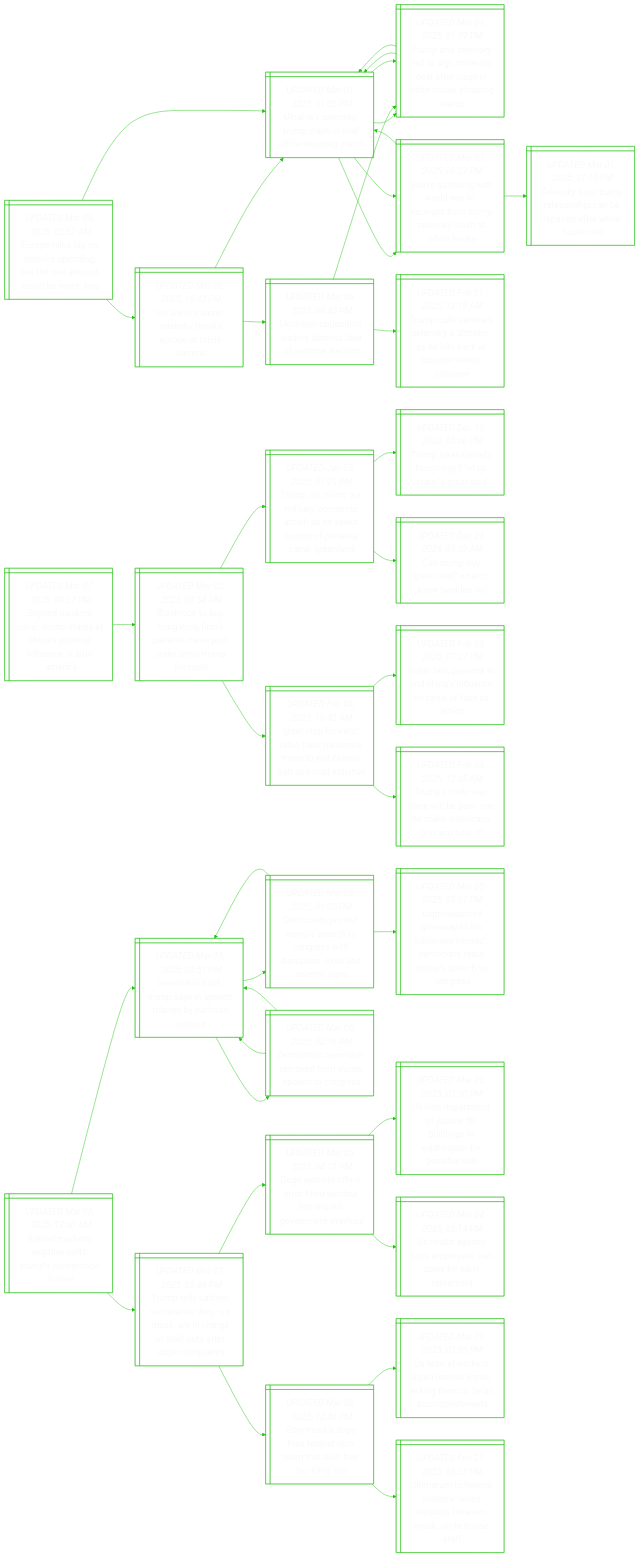
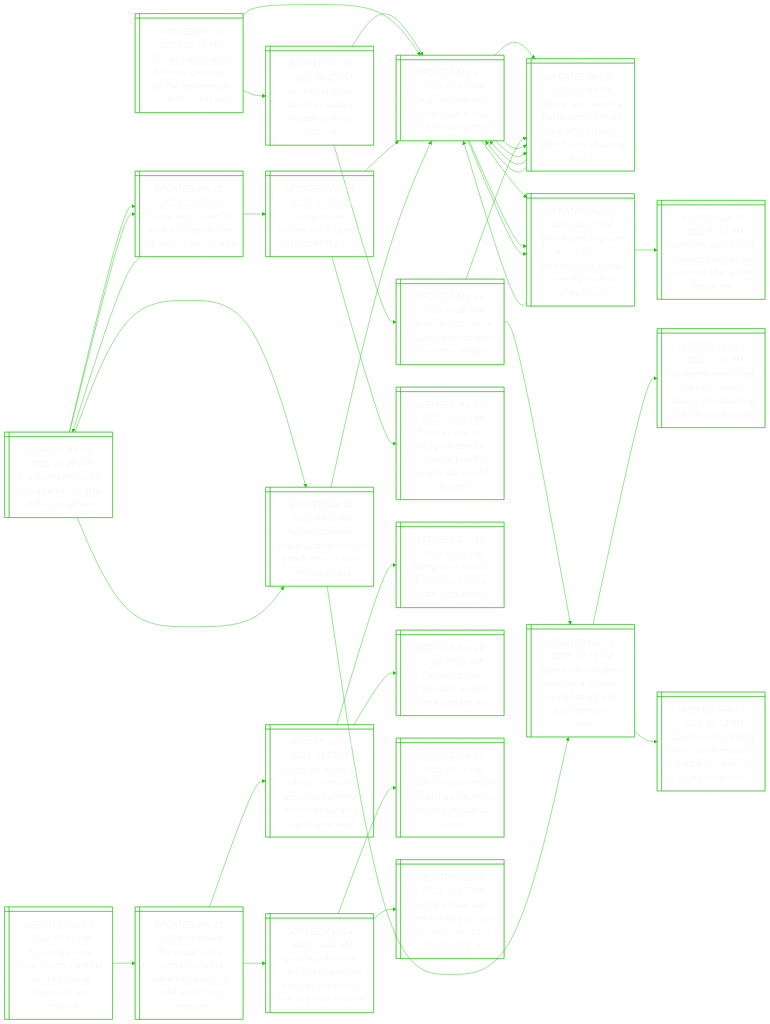
Before and after one commit to notJmes/notJmes: the diagram in README.md, drawn with Mermaid. The commit also changed other lines of this file, not shown here.

````diff
--- a/README.md
+++ b/README.md
@@ -62,6 +62,52 @@
 YgitlIcsTZsaWH:::txtsize --> Unlyphaiogh:::txtsize
 YgitlIcsTZsaWH:::txtsize --> Zsymasaeeets:::txtsize
 
+Tttesnneini@{ shape: win-pane, label: "_UPDATED Mar 08, 2025, 06:49 AM_
+Trump threatens new russia sanctions after strikes on ukraine" }
+TsatkRaUnea@{ shape: win-pane, label: "_UPDATED Mar 08, 2025, 02:07 AM_
+Trump says ‘easier’ to work with russia than ukraine on peace talks" }
+Tpstikernl@{ shape: win-pane, label: "_UPDATED Mar 04, 2025, 07:28 PM_
+Trump pauses military aid to ukraine after zelensky clash" }
+Unlyphaiogh@{ shape: win-pane, label: "_UPDATED Mar 01, 2025, 01:05 PM_
+Ukraine’s zelensky, trump clash in oval office shouting match" }
+Sereolarnkeiet@{ shape: win-pane, label: "_UPDATED Mar 03, 2025, 06:16 PM_
+Starmer, macron pledge to develop ceasefire plan for ukraine, but will the us bite?" }
+Tttesnneini@{ shape: win-pane, label: "_UPDATED Mar 08, 2025, 06:49 AM_
+Trump threatens new russia sanctions after strikes on ukraine" }
+TsatkRaUnea@{ shape: win-pane, label: "_UPDATED Mar 08, 2025, 02:07 AM_
+Trump says ‘easier’ to work with russia than ukraine on peace talks" }
+RacakeitfSoly@{ shape: win-pane, label: "_UPDATED Mar 07, 2025, 08:36 PM_
+Russia launches major ukraine missile attack after us cuts off military aid" }
+RacakeitfSoly@{ shape: win-pane, label: "_UPDATED Mar 07, 2025, 08:36 PM_
+Russia launches major ukraine missile attack after us cuts off military aid" }
+Unlyphaiogh@{ shape: win-pane, label: "_UPDATED Mar 01, 2025, 01:05 PM_
+Ukraine’s zelensky, trump clash in oval office shouting match" }
+TalytnretaWHsit@{ shape: win-pane, label: "_UPDATED Mar 01, 2025, 01:39 PM_
+Trump and zelensky fail to sign minerals deal after clash in white house shouting match" }
+YgitlIcsTZsaWH@{ shape: win-pane, label: "_UPDATED Mar 01, 2025, 06:27 PM_
+‘you’re gambling with world war iii’: excerpts from trump-zelensky clash at white house" }
+TcUnlytaicioiis@{ shape: win-pane, label: "_UPDATED Feb 21, 2025, 12:19 AM_
+Trump calls ukraine’s zelensky a ‘dictator’ as he hits back at ‘disinformation’ criticism" }
+Umehtiusrnanii@{ shape: win-pane, label: "_UPDATED Feb 19, 2025, 11:33 PM_
+Us seems more than happy to satisfy russia’s aspirations at talks in saudi arabia" }
+Zsymnnaberumr@{ shape: win-pane, label: "_UPDATED Feb 19, 2025, 10:14 PM_
+Zelensky says trump is in ‘disinformation’ bubble on ukraine, urges ‘more truth’" }
+
+Tttesnneini:::txtsize --> TsatkRaUnea:::txtsize
+TsatkRaUnea:::txtsize --> Tpstikernl:::txtsize
+Tpstikernl:::txtsize --> Unlyphaiogh:::txtsize
+Tpstikernl:::txtsize --> Sereolarnkeiet:::txtsize
+TsatkRaUnea:::txtsize --> Tttesnneini:::txtsize
+Tttesnneini:::txtsize --> TsatkRaUnea:::txtsize
+Tttesnneini:::txtsize --> RacakeitfSoly:::txtsize
+Tttesnneini:::txtsize --> RacakeitfSoly:::txtsize
+RacakeitfSoly:::txtsize --> Unlyphaiogh:::txtsize
+Unlyphaiogh:::txtsize --> TalytnretaWHsit:::txtsize
+Unlyphaiogh:::txtsize --> YgitlIcsTZsaWH:::txtsize
+RacakeitfSoly:::txtsize --> TcUnlytaicioiis:::txtsize
+TcUnlytaicioiis:::txtsize --> Umehtiusrnanii:::txtsize
+TcUnlytaicioiis:::txtsize --> Zsymnnaberumr:::txtsize
+
 BdmamrCsifcama@{ shape: win-pane, label: "_UPDATED Mar 07, 2025, 09:37 PM_
 Beyond panama canal, trump stares at china’s growing influence in latin america" }
 BRoonmanrkdps@{ shape: win-pane, label: "_UPDATED Mar 05, 2025, 09:54 AM_
@@ -87,50 +133,4 @@
 GsodosmvxiedIa:::txtsize --> RtPadalenfSo:::txtsize
 GsodosmvxiedIa:::txtsize --> Tsehipaaenne:::txtsize
 
-Rekevlmnov@{ shape: win-pane, label: "_UPDATED Mar 08, 2025, 12:00 AM_
-Rattled markets, negative polls: trump’s honeymoon is over" }
-Acauypmdrno@{ shape: win-pane, label: "_UPDATED Mar 05, 2025, 03:51 PM_
-‘america is back,’ trump says in speech marred by partisan rancour" }
-DrrtpeCetrotsns@{ shape: win-pane, label: "_UPDATED Mar 05, 2025, 01:30 PM_
-Democrats protest trump’s speech to congress with disruption, exits and solemn signs" }
-Acauypmdrno@{ shape: win-pane, label: "_UPDATED Mar 05, 2025, 03:51 PM_
-‘america is back,’ trump says in speech marred by partisan rancour" }
-Uctvysireeabuptg@{ shape: win-pane, label: "_UPDATED Mar 05, 2025, 03:27 PM_
-‘unprecedented giveaway to his billionaire friends’: democrats rebut trump’s speech to congress" }
-Drlkmfrptg@{ shape: win-pane, label: "_UPDATED Mar 05, 2025, 02:16 PM_
-Democratic lawmaker removed from trump speech to congress" }
-Acauypmdrno@{ shape: win-pane, label: "_UPDATED Mar 05, 2025, 03:51 PM_
-‘america is back,’ trump says in speech marred by partisan rancour" }
-Acauypmdrno@{ shape: win-pane, label: "_UPDATED Mar 05, 2025, 03:51 PM_
-‘america is back,’ trump says in speech marred by partisan rancour" }
-TtCerieMrhofsrca@{ shape: win-pane, label: "_UPDATED Mar 07, 2025, 05:46 PM_
-Trump tells cabinet secretaries they, not musk, are in charge of staff cuts after doge complaints" }
-Deerolnnsveel@{ shape: win-pane, label: "_UPDATED Mar 05, 2025, 04:19 PM_
-Doge website offers error-filled window into musk’s government overhaul" }
-UtanueunWnfse@{ shape: win-pane, label: "_UPDATED Mar 05, 2025, 03:50 PM_
-Us lists department of justice, fbi buildings in washington for possible sale" }
-Uleapeafrte@{ shape: win-pane, label: "_UPDATED Mar 04, 2025, 03:14 PM_
-Us health agency says employees can apply for early retirement" }
-Euordtealeis@{ shape: win-pane, label: "_UPDATED Mar 02, 2025, 12:46 PM_
-Elon musk’s doge fires federal tech team that built free tax-filing site" }
-Ueosniakhdlmhs@{ shape: win-pane, label: "_UPDATED Mar 01, 2025, 03:08 PM_
-Us federal workers again receive e-mail asking them to detail accomplishments" }
-UaorrrsienWHs@{ shape: win-pane, label: "_UPDATED Feb 27, 2025, 08:35 PM_
-Ultimatum to federal workers raises tensions between musk, white house staff" }
-
-Rekevlmnov:::txtsize --> Acauypmdrno:::txtsize
-Acauypmdrno:::txtsize --> DrrtpeCetrotsns:::txtsize
-DrrtpeCetrotsns:::txtsize --> Acauypmdrno:::txtsize
-DrrtpeCetrotsns:::txtsize --> Uctvysireeabuptg:::txtsize
-Acauypmdrno:::txtsize --> Drlkmfrptg:::txtsize
-Drlkmfrptg:::txtsize --> Acauypmdrno:::txtsize
-Drlkmfrptg:::txtsize --> Acauypmdrno:::txtsize
-Rekevlmnov:::txtsize --> TtCerieMrhofsrca:::txtsize
-TtCerieMrhofsrca:::txtsize --> Deerolnnsveel:::txtsize
-Deerolnnsveel:::txtsize --> UtanueunWnfse:::txtsize
-Deerolnnsveel:::txtsize --> Uleapeafrte:::txtsize
-TtCerieMrhofsrca:::txtsize --> Euordtealeis:::txtsize
-Euordtealeis:::txtsize --> Ueosniakhdlmhs:::txtsize
-Euordtealeis:::txtsize --> UaorrrsienWHs:::txtsize
-
 ```
````
